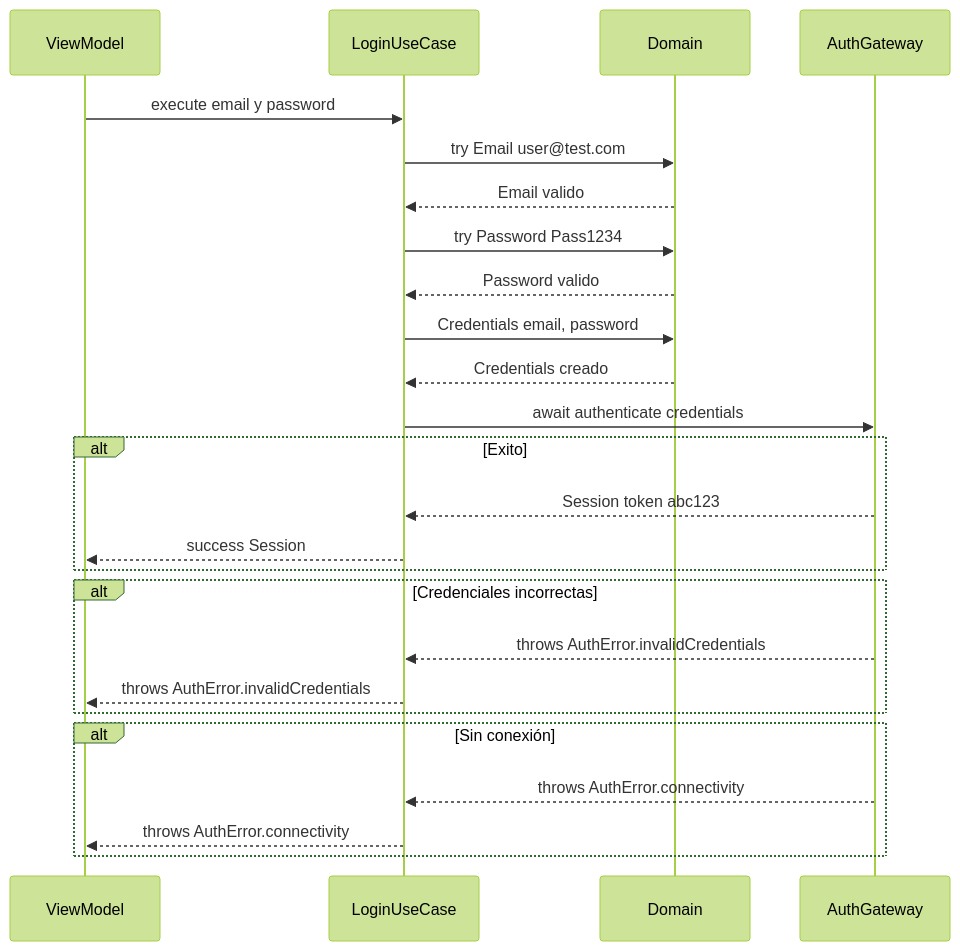
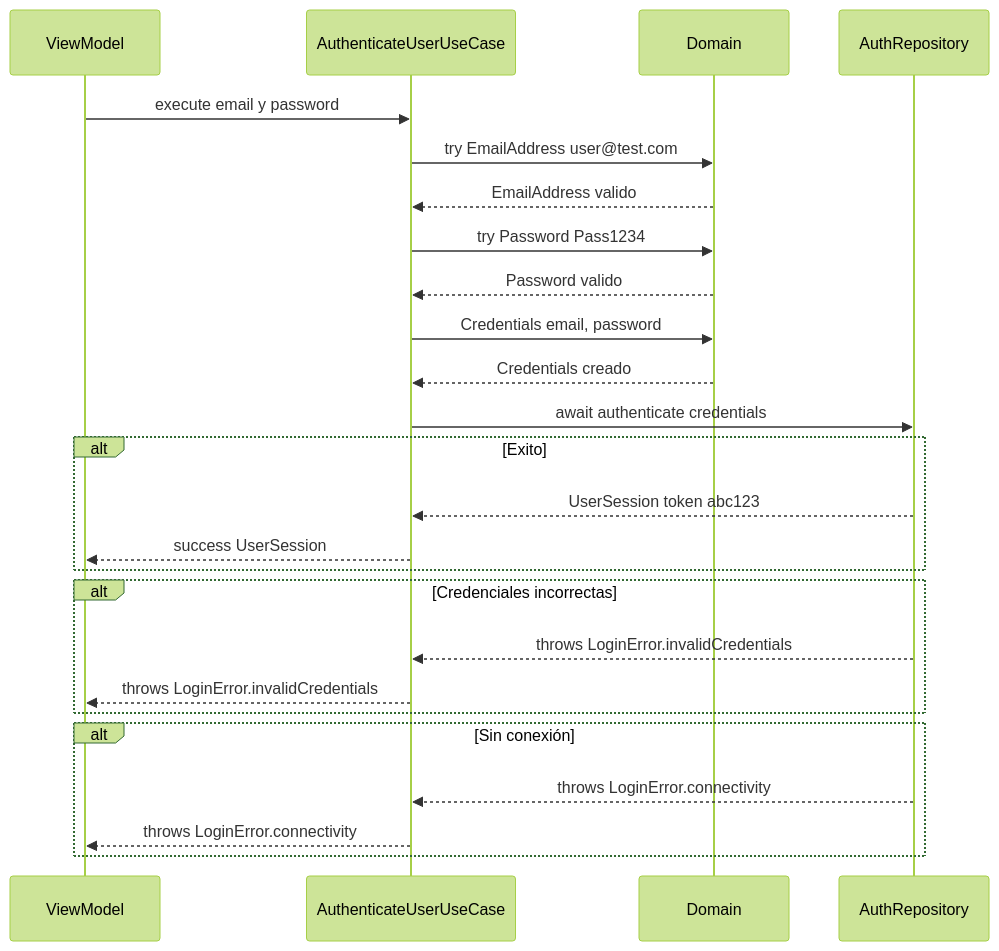
One commit to SwiftEnProfundidad/stack-my-architecture-ios changed the first of 4 diagrams in 01-fundamentos/05-feature-login/02-application.md. Above: the diagram before and after it, drawn with Mermaid (forest theme). The commit also changed other lines of this file and 50 other files, not shown here.

````diff
--- a/01-fundamentos/05-feature-login/02-application.md
+++ b/01-fundamentos/05-feature-login/02-application.md
@@ -78,35 +78,35 @@
 ```mermaid
 sequenceDiagram
     participant Caller as ViewModel
-    participant UC as LoginUseCase
+    participant UC as AuthenticateUserUseCase
     participant Domain as Domain
-    participant GW as AuthGateway
+    participant GW as AuthRepository
 
     Caller->>UC: execute email y password
     
-    UC->>Domain: try Email user@test.com
-    Domain-->>UC: Email valido
+    UC->>Domain: try EmailAddress user@test.com
+    Domain-->>UC: EmailAddress valido
     
     UC->>Domain: try Password Pass1234
     Domain-->>UC: Password valido
     
     UC->>Domain: Credentials email, password
     Domain-->>UC: Credentials creado
 
     UC->>GW: await authenticate credentials
     
     alt Exito
-        GW-->>UC: Session token abc123
-        UC-->>Caller: success Session
+        GW-->>UC: UserSession token abc123
+        UC-->>Caller: success UserSession
     end
     
     alt Credenciales incorrectas
-        GW-->>UC: throws AuthError.invalidCredentials
-        UC-->>Caller: throws AuthError.invalidCredentials
+        GW-->>UC: throws LoginError.invalidCredentials
+        UC-->>Caller: throws LoginError.invalidCredentials
     end
     
     alt Sin conexión
-        GW-->>UC: throws AuthError.connectivity
-        UC-->>Caller: throws AuthError.connectivity
+        GW-->>UC: throws LoginError.connectivity
+        UC-->>Caller: throws LoginError.connectivity
     end
 ```
````
